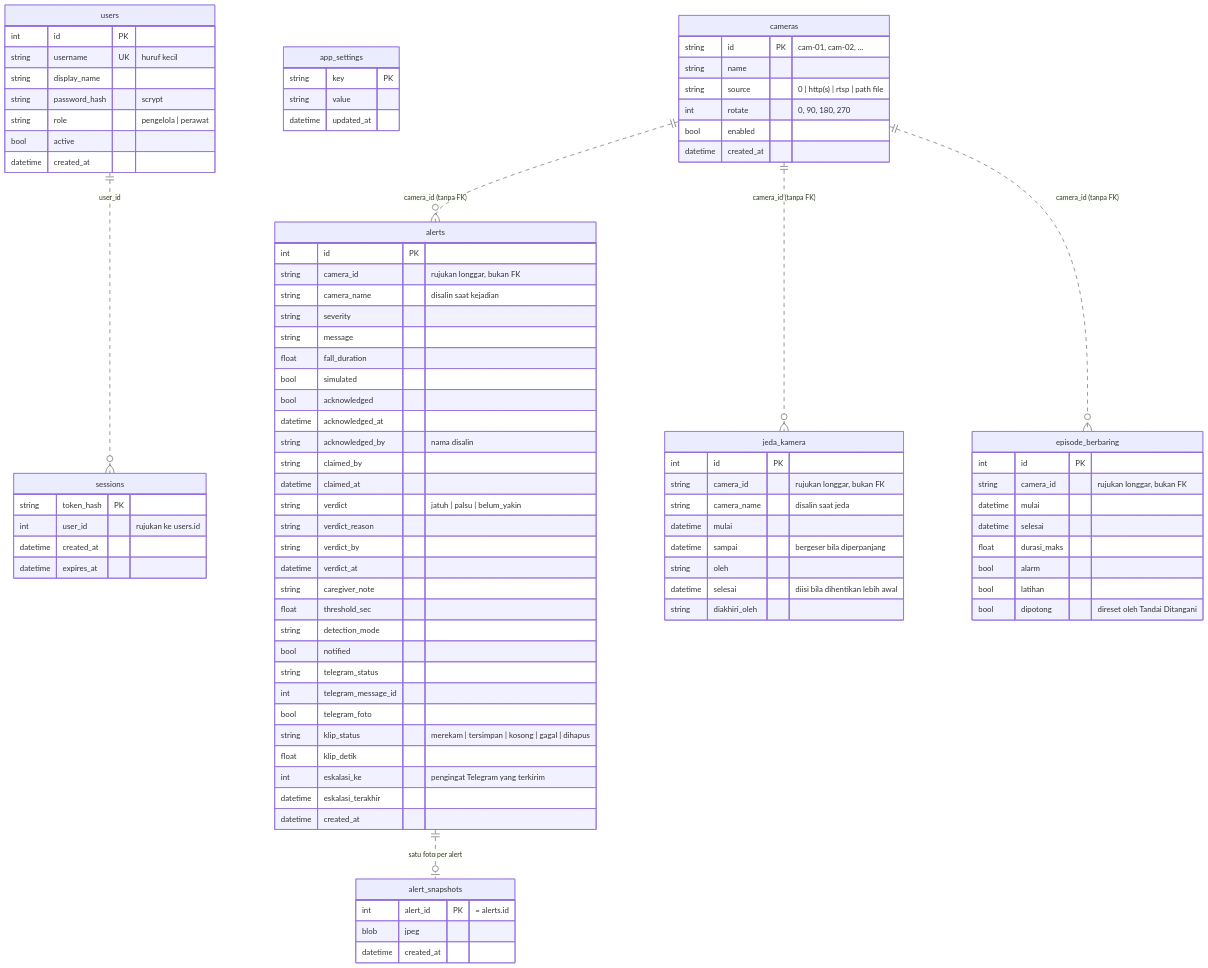
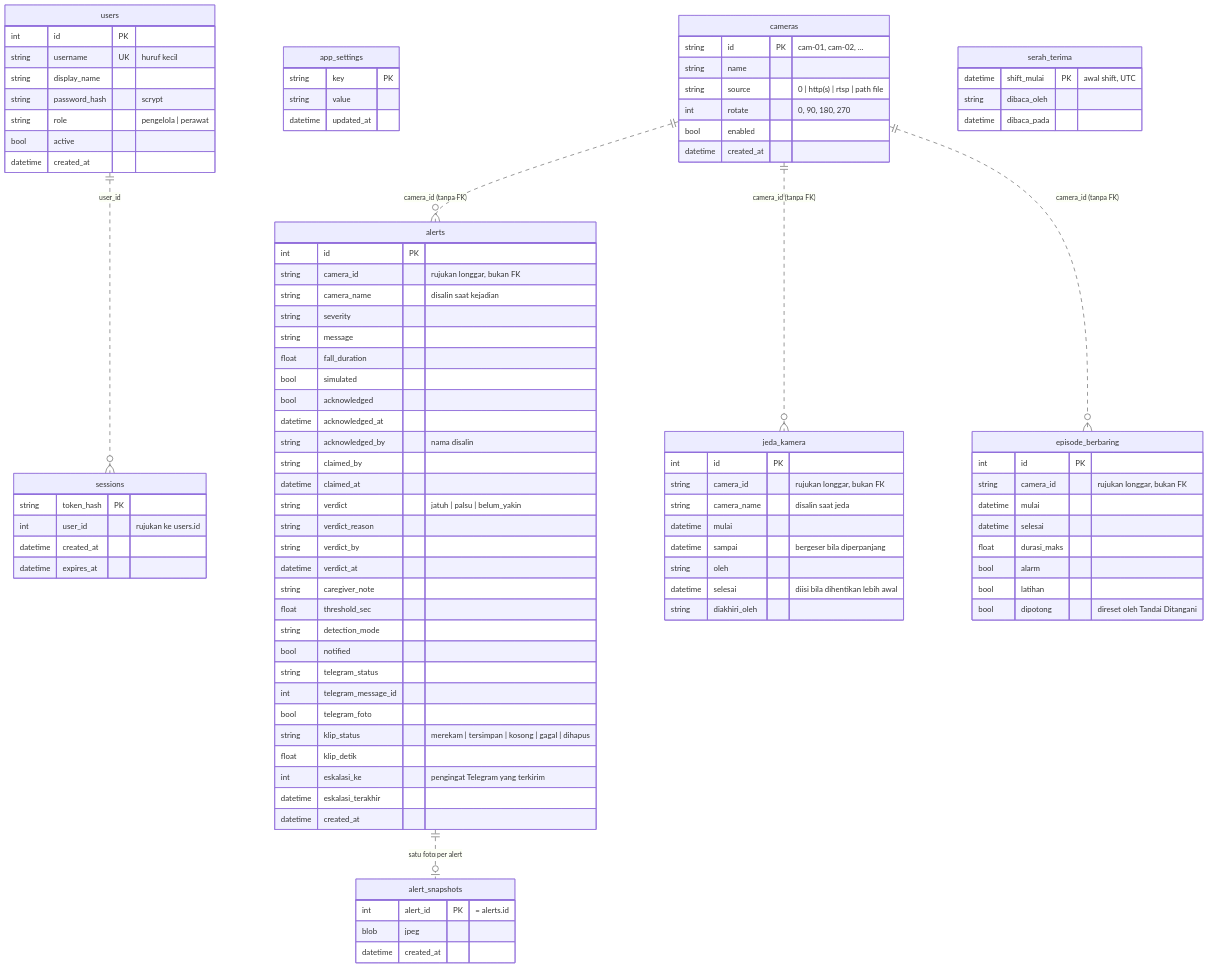
One commit to 0Raja0-RA/nursing-home-fall-detection changed the diagram in SCHEMA.md. Above: the diagram before and after it, drawn with Mermaid. The commit also changed other lines of this file and 16 other files, not shown here.

First line of the commit message:
Ringkasan shift untuk serah terima

```diff
--- a/SCHEMA.md
+++ b/SCHEMA.md
@@ -85,6 +85,11 @@
         bool latihan
         bool dipotong "direset oleh Tandai Ditangani"
     }
+    serah_terima {
+        datetime shift_mulai PK "awal shift, UTC"
+        string dibaca_oleh
+        datetime dibaca_pada
+    }
     jeda_kamera {
         int id PK
         string camera_id "rujukan longgar, bukan FK"
```
